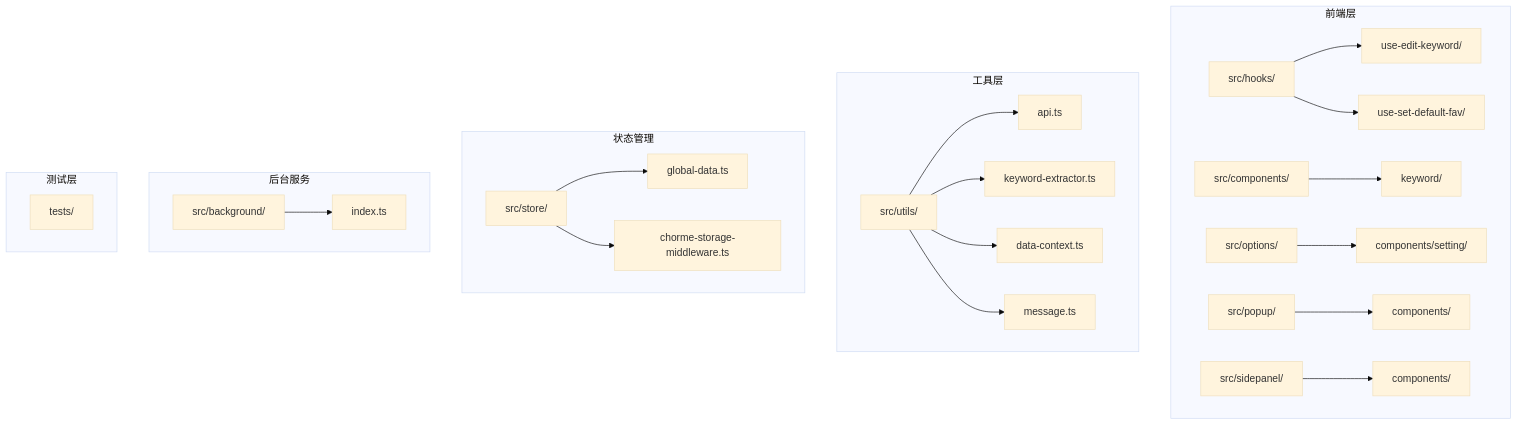
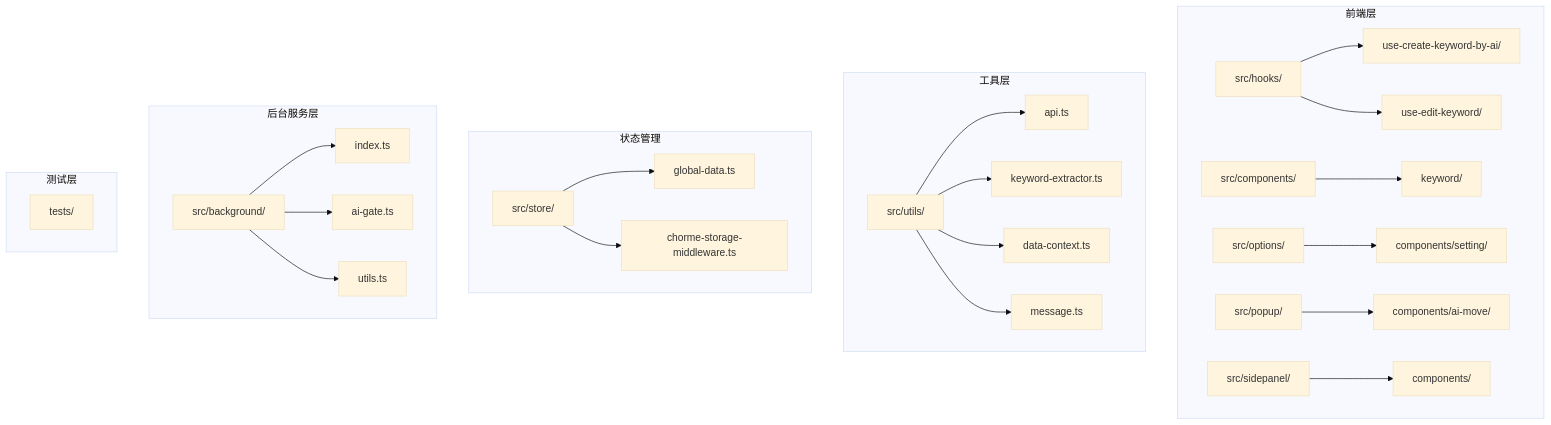
One commit to RadiumAg/bilibili-favorites changed the first of 13 diagrams in .qoder/repowiki/zh/content/核心功能模块/AI关键词提取系统.md. Above: the diagram before and after it, drawn with Mermaid (base theme). The commit also changed other lines of this file and 21 other files, not shown here.

````diff
--- a/.qoder/repowiki/zh/content/核心功能模块/AI关键词提取系统.md
+++ b/.qoder/repowiki/zh/content/核心功能模块/AI关键词提取系统.md
@@ -64,27 +63,29 @@
 ```mermaid
 graph TB
 subgraph "前端层"
-A[src/hooks/] --> A2[use-edit-keyword/]
-A --> A3[use-set-default-fav/]
+A[src/hooks/] --> A1[use-create-keyword-by-ai/]
+A --> A2[use-edit-keyword/]
 B[src/components/] --> B1[keyword/]
 C[src/options/] --> C1[components/setting/]
-D[src/popup/] --> D1[components/]
+D[src/popup/] --> D1[components/ai-move/]
 E[src/sidepanel/] --> E1[components/]
 end
 subgraph "工具层"
 F[src/utils/] --> F1[api.ts]
 F --> F2[keyword-extractor.ts]
 F --> F3[data-context.ts]
 F --> F4[message.ts]
 end
 subgraph "状态管理"
 G[src/store/] --> G1[global-data.ts]
 G --> G2[chorme-storage-middleware.ts]
 end
-subgraph "后台服务"
+subgraph "后台服务层"
 H[src/background/] --> H1[index.ts]
+H --> H2[ai-gate.ts]
+H --> H3[utils.ts]
 end
 subgraph "测试层"
 I[tests/]
 end
 ```
````
